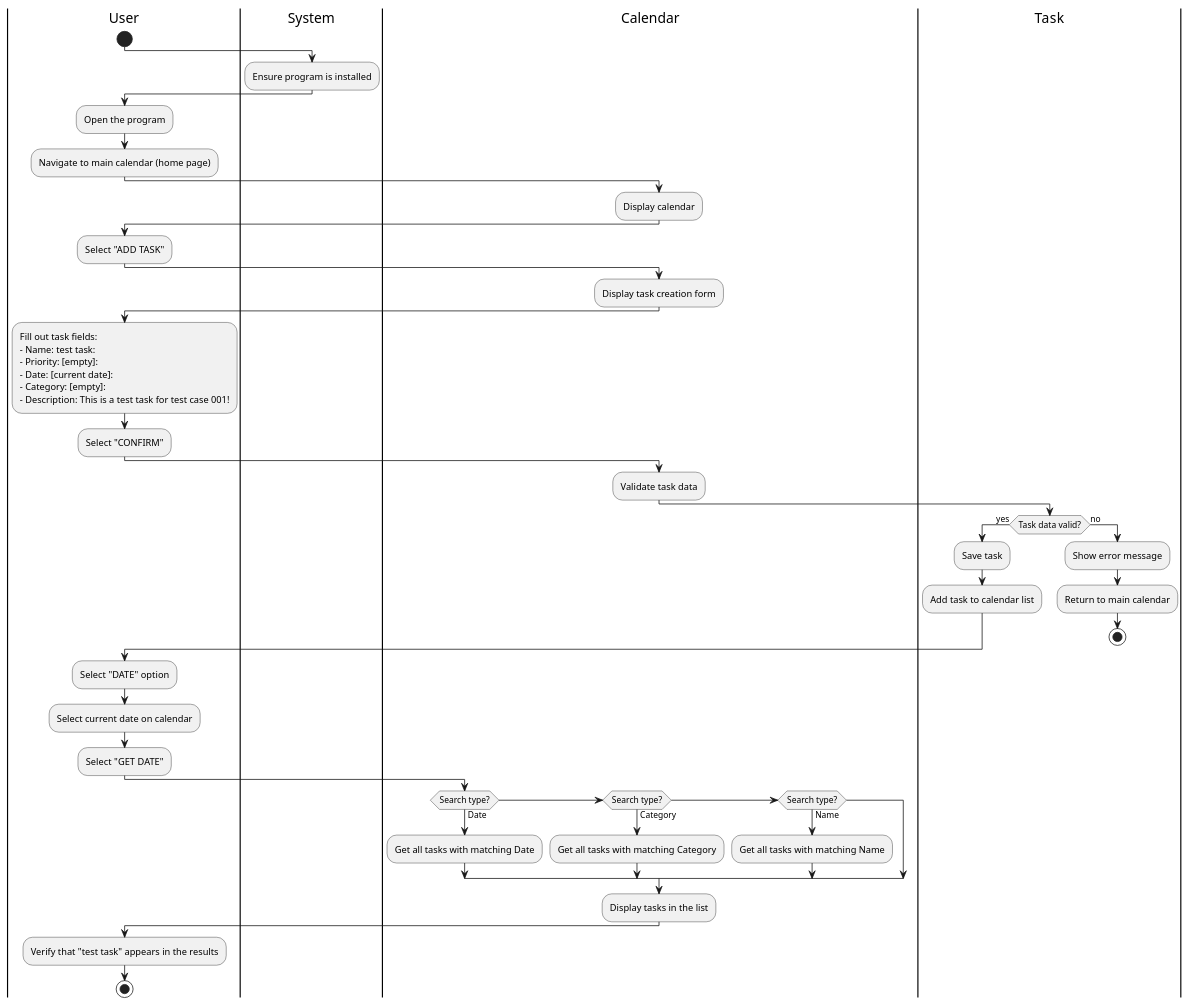
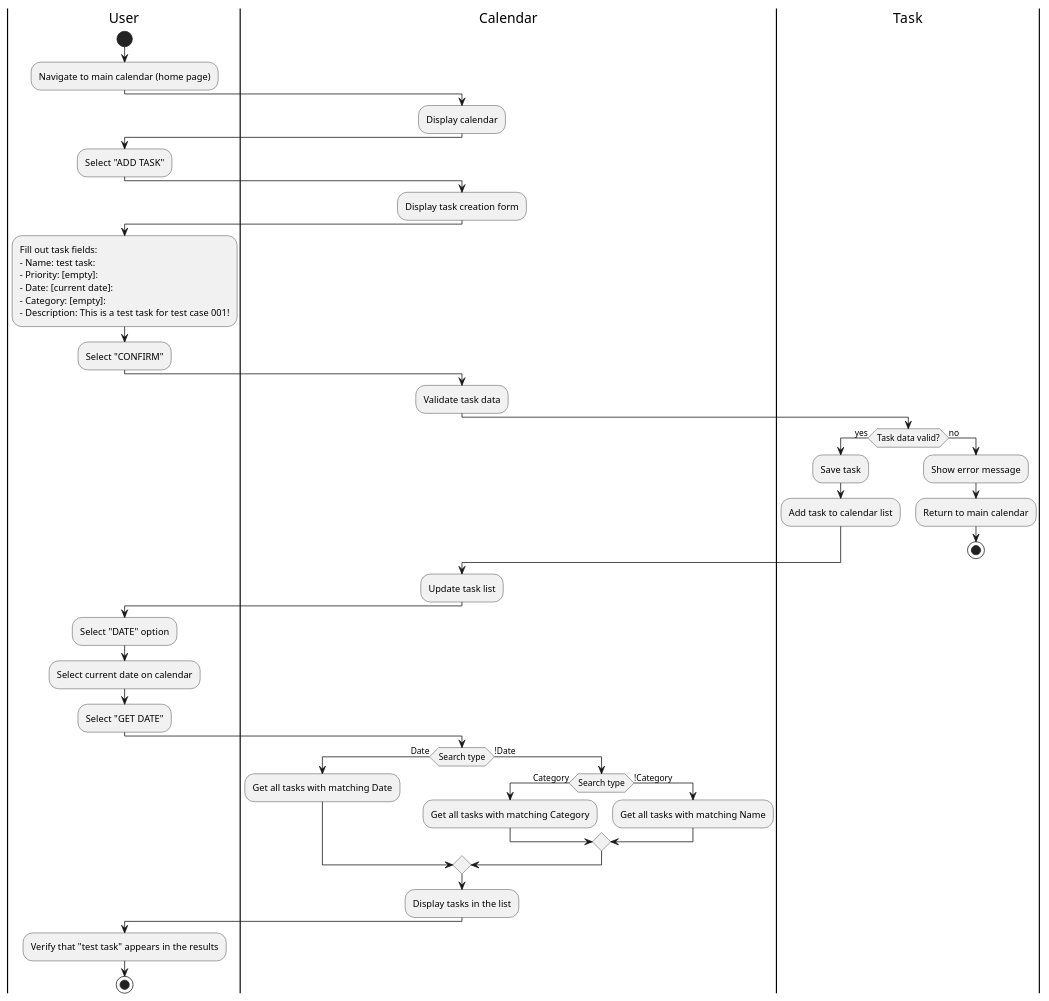
One commit to CS361-2024Fall-Term/Innovators changed the diagram in assignment7/add_task.puml. Above: the diagram before and after it, drawn with PlantUML.

```diff
--- a/assignment7/add_task.puml
+++ b/assignment7/add_task.puml
@@ -1,62 +1,61 @@
 @startuml
 |User|
 start
-
-|System|
-:Ensure program is installed;
-
-|User|
-:Open the program;
 :Navigate to main calendar (home page);
 
 |Calendar|
 :Display calendar;
 
 |User|
 :Select "ADD TASK";
 
 |Calendar|
 :Display task creation form;
 
 |User|
 :Fill out task fields:
 - Name: test task:
 - Priority: [empty]:
 - Date: [current date]:
 - Category: [empty]:
 - Description: This is a test task for test case 001!;
 :Select "CONFIRM";
 
 |Calendar|
 :Validate task data;
 
 |Task|
 if (Task data valid?) then (yes)
   :Save task;
   :Add task to calendar list;
 else (no)
   :Show error message;
   :Return to main calendar;
   stop
 endif
 
+|Calendar|
+:Update task list;
+
 |User|
 :Select "DATE" option;
 :Select current date on calendar;
 :Select "GET DATE";
 
 |Calendar|
-if (Search type?) then (Date)
+if (Search type) then (Date)
   :Get all tasks with matching Date;
-elseif (Search type?) then (Category)
-  :Get all tasks with matching Category;
-elseif (Search type?) then (Name)
-  :Get all tasks with matching Name;
+else (!Date)
+  if (Search type) then (Category)
+    :Get all tasks with matching Category;
+  else (!Category)
+    :Get all tasks with matching Name;
+  endif
 endif
 :Display tasks in the list;
 
 |User|
 :Verify that "test task" appears in the results;
 stop
 
 @enduml
```
